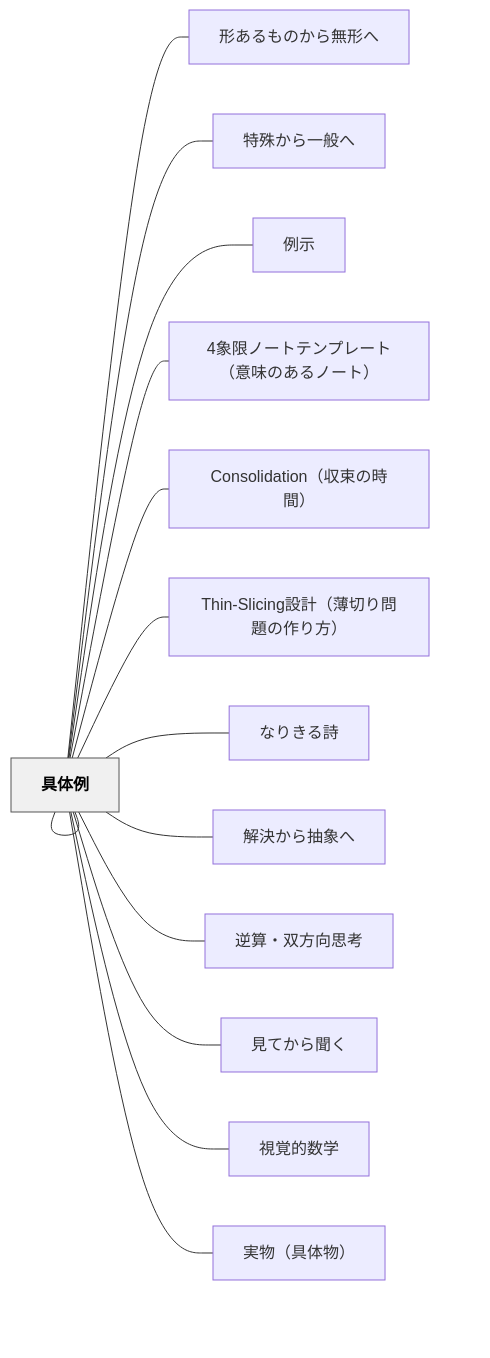
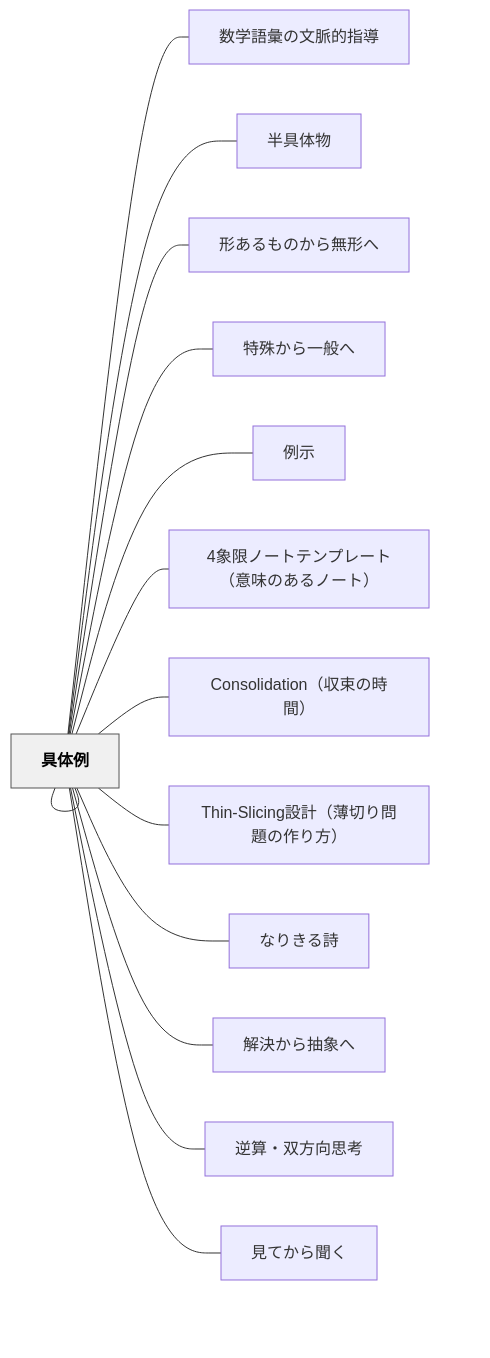
The diagram in content/パタン/具体から抽象へ.md (unknownthings-ed-patterns/unknownthings-ed-patterns), drawn with Mermaid before and after one commit. The commit also changed other lines of this file and 47 other files, not shown here.

````diff
--- a/content/パタン/具体から抽象へ.md
+++ b/content/パタン/具体から抽象へ.md
@@ -45,36 +45,36 @@
 ```mermaid
 flowchart LR
     ne585b7e4bd93["具体から抽象へ"]
+    ne695b0e5ada6["数学語彙の文脈的指導"]
+    ne58d8ae585b7["半具体物"]
     ne585b7e4bd93["具体事例から典型事例（中心概念）へ"]
     ne5bda2e38182["形あるものから無形へ"]
     ne789b9e6ae8a["特殊から一般へ"]
     ne4be8be7a4ba["例示"]
     n34e8b1a1e999["4象限ノートテンプレート（意味のあるノート）"]
     n436f6e736f6c["Consolidation（収束の時間）"]
     n5468696e2d53["Thin-Slicing設計（薄切り問題の作り方）"]
     ne381aae3828a["なりきる詩"]
     ne8a7a3e6b1ba["解決から抽象へ"]
     ne98086e7ae97["逆算・双方向思考"]
     ne585b7e4bd93["具体例"]
     ne8a68be381a6["見てから聞く"]
-    ne8a696e8a69a["視覚的数学"]
-    ne5ae9fe789a9["実物（具体物）"]
 
+    ne585b7e4bd93 --- ne695b0e5ada6
+    ne585b7e4bd93 --- ne58d8ae585b7
     ne585b7e4bd93 --- ne585b7e4bd93
     ne585b7e4bd93 --- ne5bda2e38182
     ne585b7e4bd93 --- ne789b9e6ae8a
     ne585b7e4bd93 --- ne4be8be7a4ba
     ne585b7e4bd93 --- n34e8b1a1e999
     ne585b7e4bd93 --- n436f6e736f6c
     ne585b7e4bd93 --- n5468696e2d53
     ne585b7e4bd93 --- ne381aae3828a
     ne585b7e4bd93 --- ne8a7a3e6b1ba
     ne585b7e4bd93 --- ne98086e7ae97
     ne585b7e4bd93 --- ne585b7e4bd93
     ne585b7e4bd93 --- ne8a68be381a6
-    ne585b7e4bd93 --- ne8a696e8a69a
-    ne585b7e4bd93 --- ne5ae9fe789a9
 
     classDef hub fill:#f0f0f0,stroke:#555,color:#000,font-weight:bold
     class ne585b7e4bd93 hub
 ```
````
